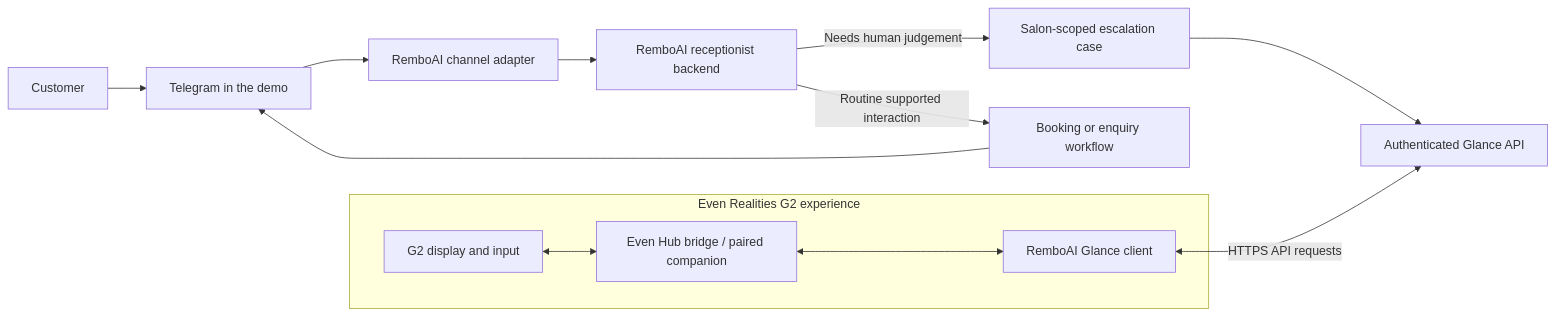
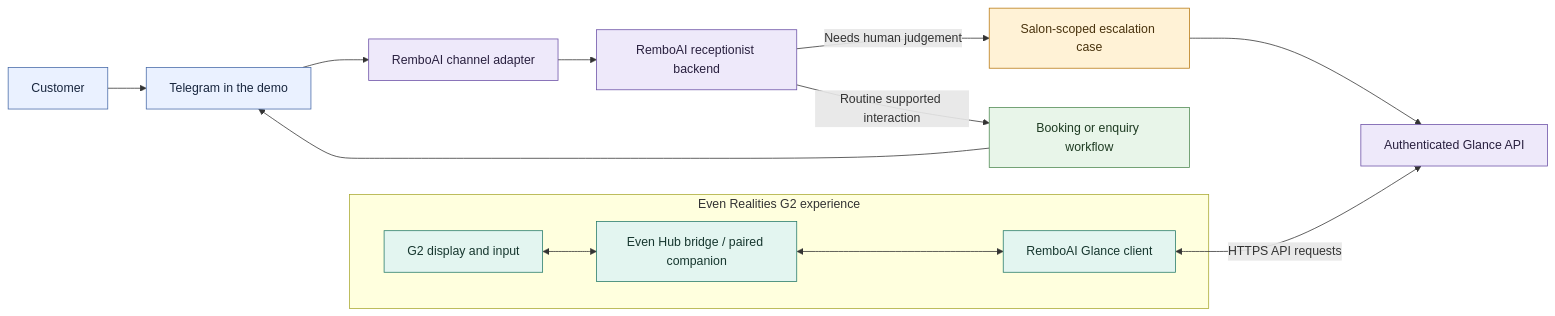
One commit to Greatman62k/remboai-glance changed the second of 2 diagrams in README.md. Above: the diagram before and after it, drawn with Mermaid. The commit also changed other lines of this file and 1 other file, not shown here.

````diff
--- a/README.md
+++ b/README.md
@@ -248,20 +279,31 @@
 ```mermaid
 flowchart LR
     C[Customer] --> TG[Telegram in the demo]
     TG --> CH[RemboAI channel adapter]
     CH --> RB[RemboAI receptionist backend]
     RB -->|Routine supported interaction| AUTO[Booking or enquiry workflow]
     AUTO --> TG
     RB -->|Needs human judgement| CASE[Salon-scoped escalation case]
     CASE --> API[Authenticated Glance API]
 
     subgraph Wearable[Even Realities G2 experience]
         G2[G2 display and input]
         HUB[Even Hub bridge / paired companion]
         WEB[RemboAI Glance client]
         G2 <--> HUB
         HUB <--> WEB
     end
 
     WEB <-->|HTTPS API requests| API
+
+    classDef external fill:#EAF1FF,stroke:#476AA8,color:#18263E,stroke-width:1px
+    classDef backend fill:#EEE9FA,stroke:#6B50A6,color:#29203F,stroke-width:1px
+    classDef owner fill:#FFF2D6,stroke:#B87912,color:#49330E,stroke-width:1px
+    classDef wearable fill:#E3F5F0,stroke:#267A69,color:#17372F,stroke-width:1px
+    classDef complete fill:#E8F5E9,stroke:#4F8A52,color:#1E3B22,stroke-width:1px
+    class C,TG external
+    class CH,RB,API backend
+    class CASE owner
+    class G2,HUB,WEB wearable
+    class AUTO complete
 ```
````
